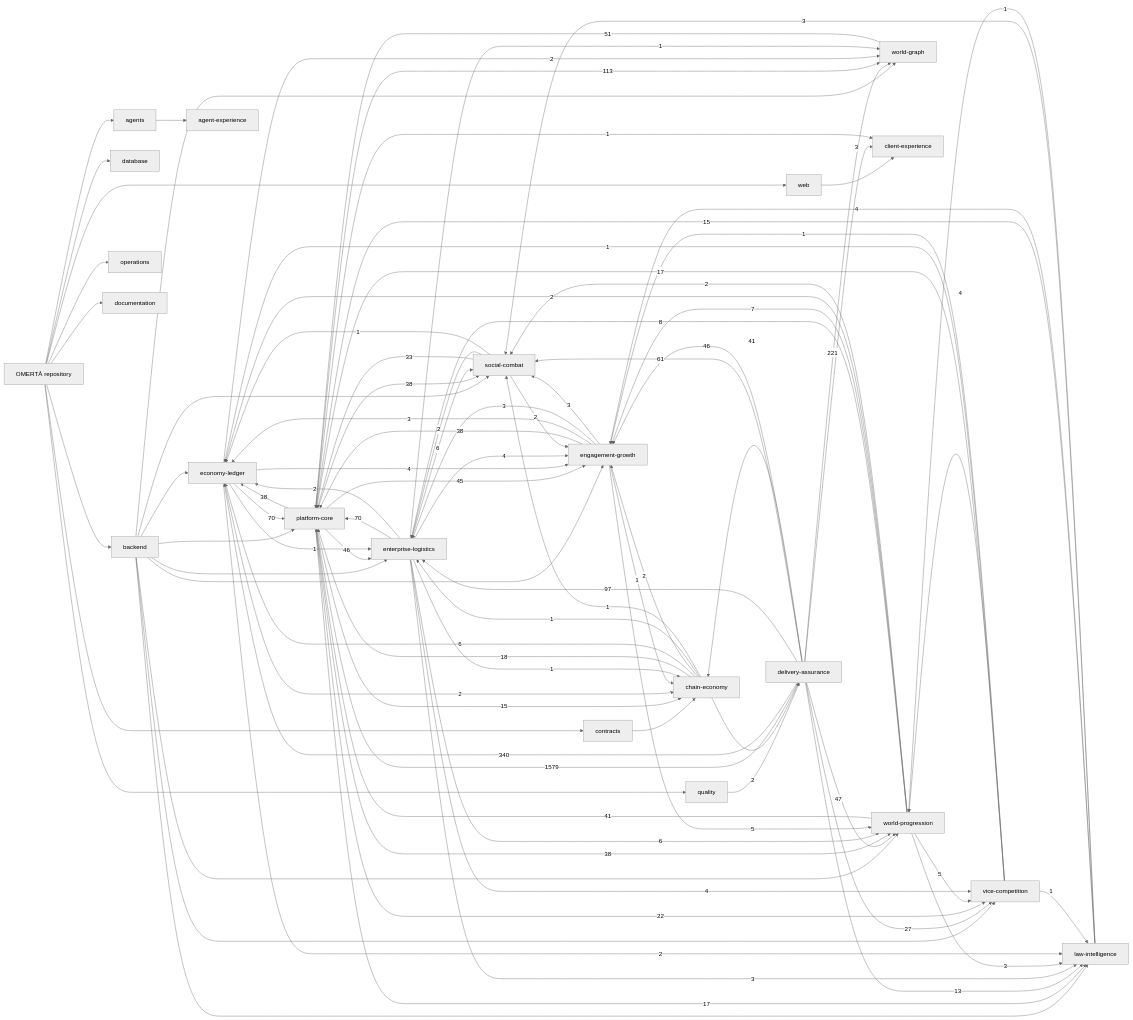
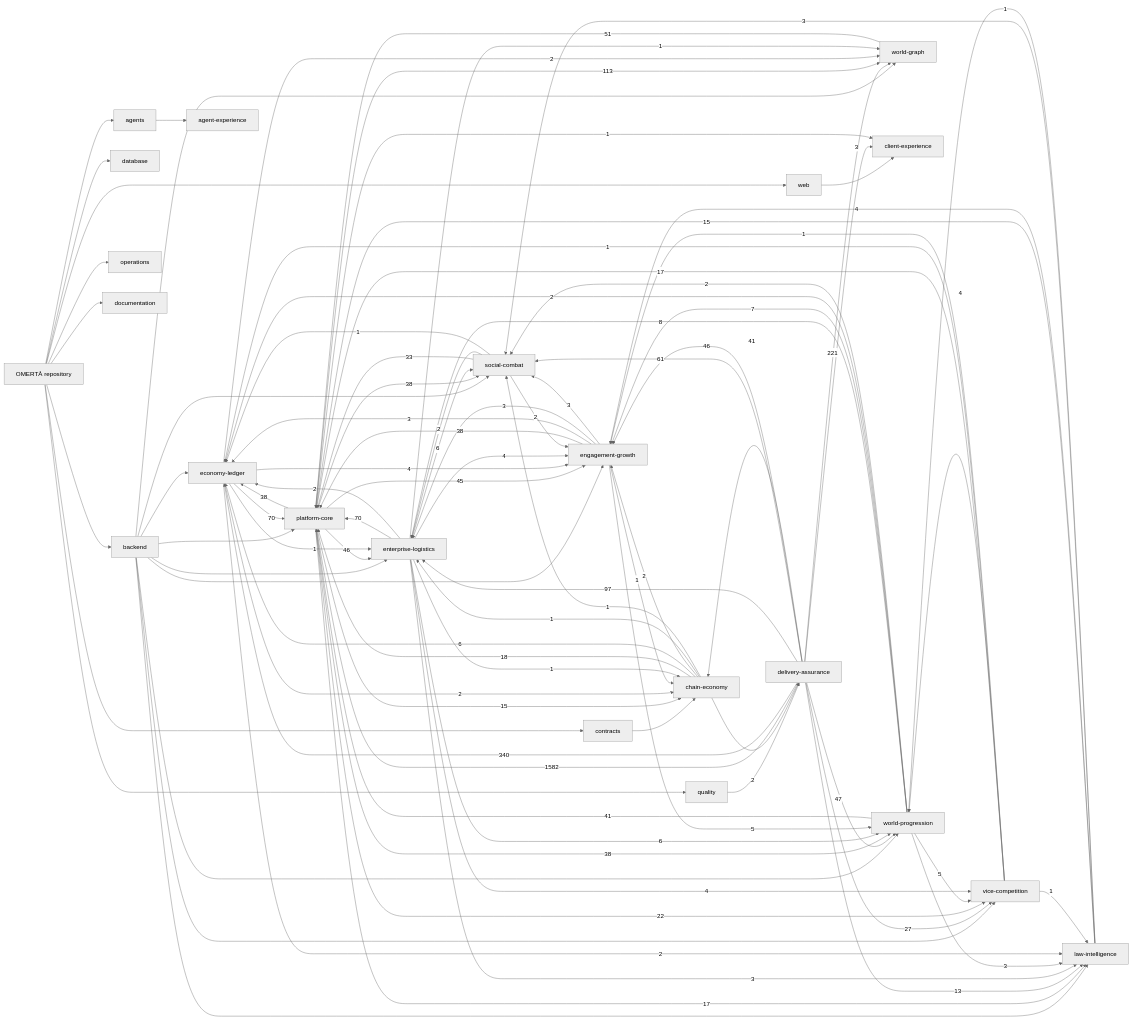
One commit to OmertaDev/Omerta changed the diagram in knowledge/generated/graph.mmd. Above: the diagram before and after it, drawn with Mermaid (neutral theme). The commit also changed 6 other files, not shown here.

```diff
--- a/knowledge/generated/graph.mmd
+++ b/knowledge/generated/graph.mmd
@@ -1,113 +1,113 @@
 flowchart LR
   repo["OMERTÀ repository"]
   sub_backend["backend"]
   repo --> sub_backend
   sub_database["database"]
   repo --> sub_database
   sub_web["web"]
   repo --> sub_web
   sub_contracts["contracts"]
   repo --> sub_contracts
   sub_agents["agents"]
   repo --> sub_agents
   sub_quality["quality"]
   repo --> sub_quality
   sub_operations["operations"]
   repo --> sub_operations
   sub_documentation["documentation"]
   repo --> sub_documentation
   dom_platform-core["platform-core"]
   dom_economy-ledger["economy-ledger"]
   dom_social-combat["social-combat"]
   dom_world-progression["world-progression"]
   dom_world-graph["world-graph"]
   dom_enterprise-logistics["enterprise-logistics"]
   dom_vice-competition["vice-competition"]
   dom_law-intelligence["law-intelligence"]
   dom_chain-economy["chain-economy"]
   dom_engagement-growth["engagement-growth"]
   dom_client-experience["client-experience"]
   dom_agent-experience["agent-experience"]
   dom_delivery-assurance["delivery-assurance"]
   sub_agents --> dom_agent-experience
   sub_backend --> dom_economy-ledger
   sub_backend --> dom_engagement-growth
   sub_backend --> dom_enterprise-logistics
   sub_backend --> dom_law-intelligence
   sub_backend --> dom_platform-core
   sub_backend --> dom_social-combat
   sub_backend --> dom_vice-competition
   sub_backend --> dom_world-graph
   sub_backend --> dom_world-progression
   sub_contracts --> dom_chain-economy
   sub_quality --> dom_delivery-assurance
   sub_web --> dom_client-experience
-  dom_delivery-assurance -->|1579| dom_platform-core
+  dom_delivery-assurance -->|1582| dom_platform-core
   dom_delivery-assurance -->|340| dom_economy-ledger
   dom_delivery-assurance -->|221| dom_world-graph
   dom_platform-core -->|113| dom_world-graph
   dom_delivery-assurance -->|97| dom_enterprise-logistics
   dom_economy-ledger -->|70| dom_platform-core
   dom_enterprise-logistics -->|70| dom_platform-core
   dom_delivery-assurance -->|61| dom_social-combat
   dom_world-graph -->|51| dom_platform-core
   dom_delivery-assurance -->|47| dom_world-progression
   dom_delivery-assurance -->|46| dom_engagement-growth
   dom_platform-core -->|46| dom_enterprise-logistics
   dom_platform-core -->|45| dom_engagement-growth
   dom_delivery-assurance -->|41| dom_chain-economy
   dom_world-progression -->|41| dom_platform-core
   dom_engagement-growth -->|38| dom_platform-core
   dom_platform-core -->|38| dom_economy-ledger
   dom_platform-core -->|38| dom_social-combat
   dom_platform-core -->|38| dom_world-progression
   dom_social-combat -->|33| dom_platform-core
   dom_delivery-assurance -->|27| dom_vice-competition
   dom_platform-core -->|22| dom_vice-competition
   dom_chain-economy -->|18| dom_platform-core
   dom_platform-core -->|17| dom_law-intelligence
   dom_vice-competition -->|17| dom_platform-core
   dom_law-intelligence -->|15| dom_platform-core
   dom_platform-core -->|15| dom_chain-economy
   dom_delivery-assurance -->|13| dom_law-intelligence
   dom_world-progression -->|8| dom_enterprise-logistics
   dom_world-progression -->|7| dom_engagement-growth
   dom_chain-economy -->|6| dom_economy-ledger
   dom_enterprise-logistics -->|6| dom_social-combat
   dom_enterprise-logistics -->|6| dom_world-progression
   dom_engagement-growth -->|5| dom_world-progression
   dom_world-progression -->|5| dom_vice-competition
   dom_economy-ledger -->|4| dom_engagement-growth
   dom_enterprise-logistics -->|4| dom_engagement-growth
   dom_enterprise-logistics -->|4| dom_vice-competition
   dom_law-intelligence -->|4| dom_engagement-growth
   dom_vice-competition -->|4| dom_world-progression
   dom_delivery-assurance -->|3| dom_client-experience
   dom_engagement-growth -->|3| dom_economy-ledger
   dom_engagement-growth -->|3| dom_enterprise-logistics
   dom_engagement-growth -->|3| dom_social-combat
   dom_enterprise-logistics -->|3| dom_law-intelligence
   dom_law-intelligence -->|3| dom_social-combat
   dom_world-progression -->|3| dom_law-intelligence
   dom_chain-economy -->|2| dom_delivery-assurance
   dom_chain-economy -->|2| dom_engagement-growth
   dom_economy-ledger -->|2| dom_chain-economy
   dom_economy-ledger -->|2| dom_law-intelligence
   dom_economy-ledger -->|2| dom_world-graph
   dom_enterprise-logistics -->|2| dom_economy-ledger
   dom_social-combat -->|2| dom_engagement-growth
   dom_social-combat -->|2| dom_enterprise-logistics
   dom_world-progression -->|2| dom_economy-ledger
   dom_world-progression -->|2| dom_social-combat
   dom_chain-economy -->|1| dom_enterprise-logistics
   dom_chain-economy -->|1| dom_social-combat
   dom_economy-ledger -->|1| dom_enterprise-logistics
   dom_engagement-growth -->|1| dom_chain-economy
   dom_enterprise-logistics -->|1| dom_chain-economy
   dom_enterprise-logistics -->|1| dom_world-graph
   dom_law-intelligence -->|1| dom_world-progression
   dom_platform-core -->|1| dom_client-experience
   dom_social-combat -->|1| dom_economy-ledger
   dom_vice-competition -->|1| dom_economy-ledger
   dom_vice-competition -->|1| dom_engagement-growth
   dom_vice-competition -->|1| dom_law-intelligence
```
